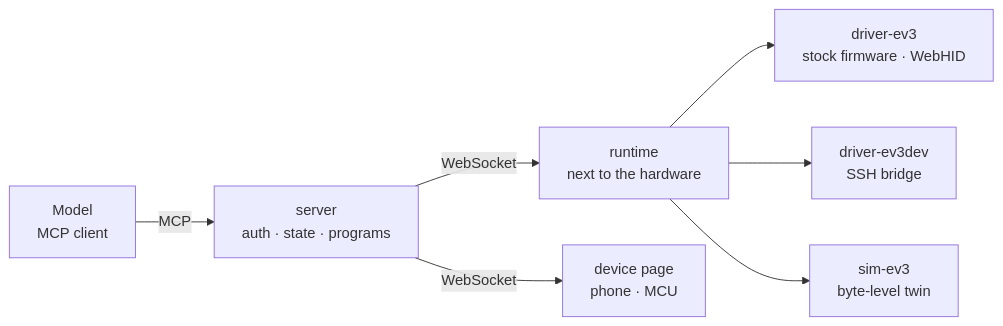
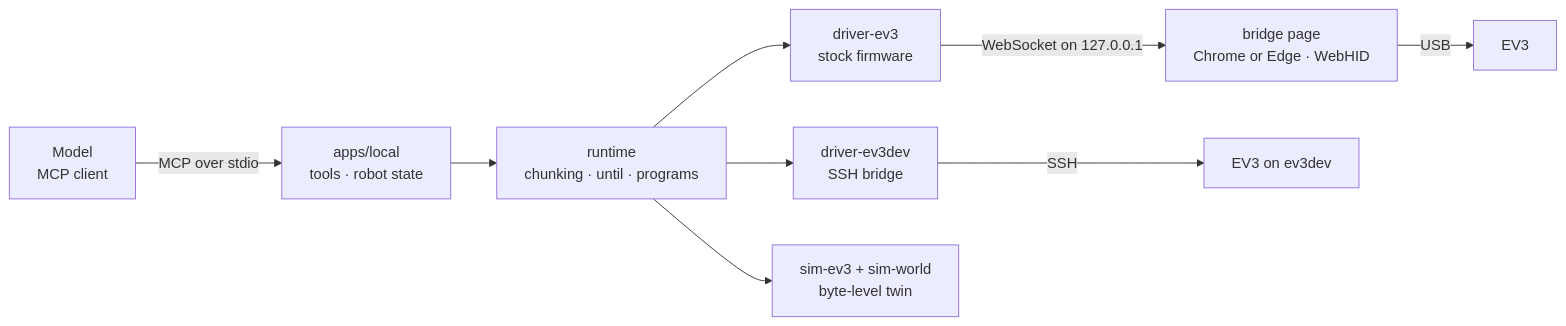
The diagram in README.md (JairoTorregrosa/spinecord), drawn with Mermaid before and after one commit. The commit also changed other lines of this file and 117 other files, not shown here.

First line of the commit message:
One system in the repository: apps/local over stdio and the packages it uses (#20)

````diff
--- a/README.md
+++ b/README.md
@@ -11,9 +11,11 @@
 ```mermaid
 flowchart LR
-  M[Model<br/>MCP client] -- MCP --> S[server<br/>auth · state · programs]
-  S -- WebSocket --> R[runtime<br/>next to the hardware]
-  R --> D1[driver-ev3<br/>stock firmware · WebHID]
-  R --> D2[driver-ev3dev<br/>SSH bridge]
-  R --> T[sim-ev3<br/>byte-level twin]
-  S -- WebSocket --> O[device page<br/>phone · MCU]
+  M[Model<br/>MCP client] -- MCP over stdio --> L[apps/local<br/>tools · robot state]
+  L --> R[runtime<br/>chunking · until · programs]
+  R --> E[driver-ev3<br/>stock firmware]
+  R --> V[driver-ev3dev<br/>SSH bridge]
+  R --> T[sim-ev3 + sim-world<br/>byte-level twin]
+  E -- WebSocket on 127.0.0.1 --> P[bridge page<br/>Chrome or Edge · WebHID]
+  P -- USB --> B1[EV3]
+  V -- SSH --> B2[EV3 on ev3dev]
 ```
````
